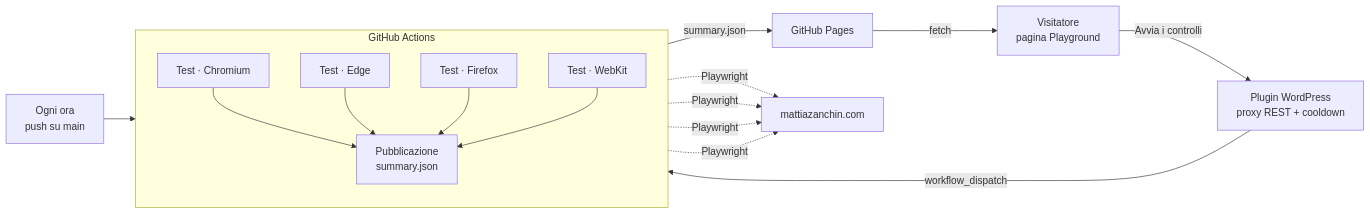
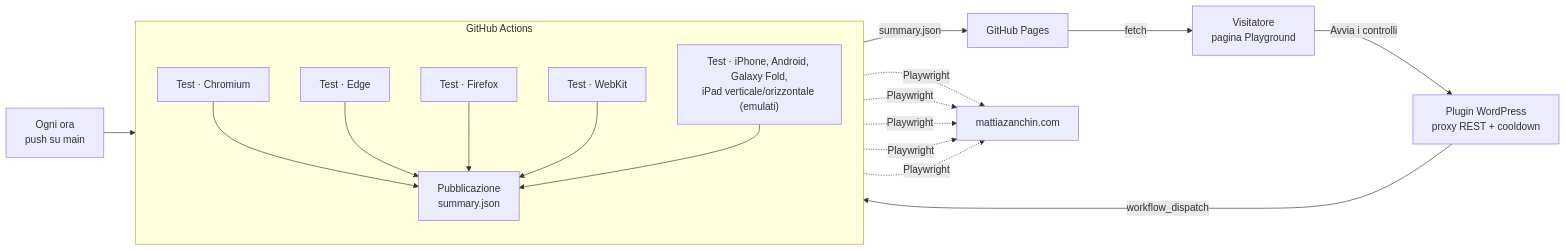
The diagram in README.it.md (MattiaZanchin94/website-quality-lab), drawn with Mermaid before and after one commit. The commit also changed other lines of this file and 8 other files, not shown here.

````diff
--- a/README.it.md
+++ b/README.it.md
@@ -16,13 +16,13 @@
 ```mermaid
 flowchart LR
     V["Visitatore<br/>pagina Playground"] -- "Avvia i controlli" --> WP["Plugin WordPress<br/>proxy REST + cooldown"]
     WP -- "workflow_dispatch" --> GA
     S["Ogni ora<br/>push su main"] --> GA
     subgraph GA["GitHub Actions"]
         direction TB
-        T1["Test · Chromium"] & T4["Test · Edge"] & T2["Test · Firefox"] & T3["Test · WebKit"] --> P["Pubblicazione<br/>summary.json"]
+        T1["Test · Chromium"] & T4["Test · Edge"] & T2["Test · Firefox"] & T3["Test · WebKit"] & T5["Test · iPhone, Android, Galaxy Fold,<br/>iPad verticale/orizzontale (emulati)"] --> P["Pubblicazione<br/>summary.json"]
     end
     P -- "summary.json" --> GP["GitHub Pages"]
     GP -- "fetch" --> V
-    T1 & T4 & T2 & T3 -. "Playwright" .-> SITE["mattiazanchin.com"]
+    T1 & T4 & T2 & T3 & T5 -. "Playwright" .-> SITE["mattiazanchin.com"]
 ```
````
